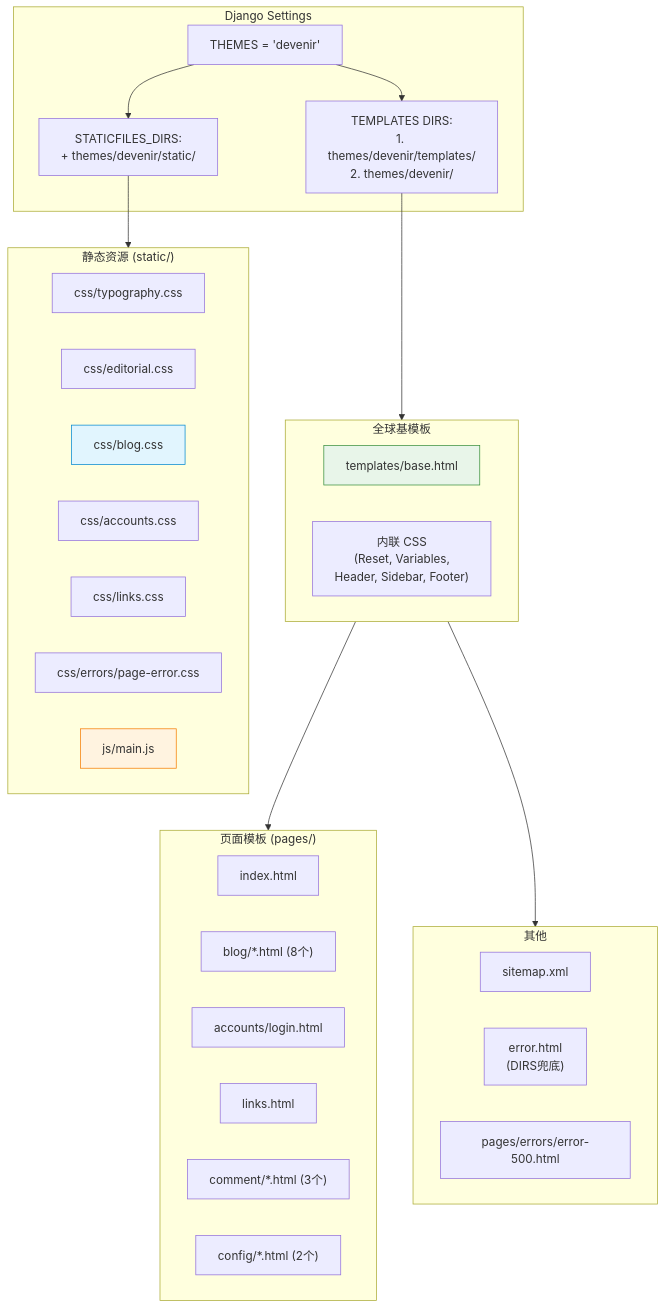
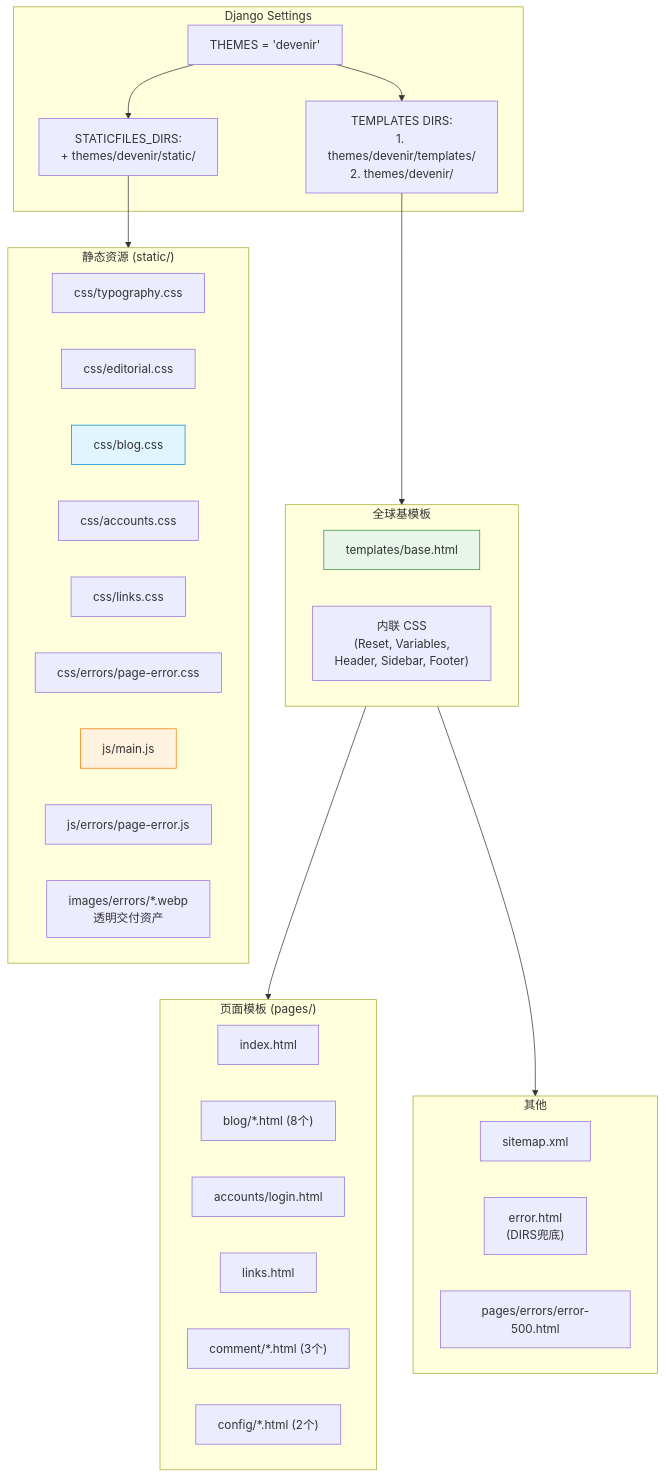
One commit to se-veN714/PowerAdapterBlogs changed the diagram in themes/devenir/DEVELOPMENT.md. Above: the diagram before and after it, drawn with Mermaid. The commit also changed other lines of this file and 44 other files, not shown here.

````diff
--- a/themes/devenir/DEVELOPMENT.md
+++ b/themes/devenir/DEVELOPMENT.md
@@ -42,47 +43,49 @@
 ```mermaid
 flowchart TD
     subgraph settings["Django Settings"]
         THEMES["THEMES = 'devenir'"]
         DIRS["TEMPLATES DIRS:<br/>1. themes/devenir/templates/<br/>2. themes/devenir/"]
         STATIC["STATICFILES_DIRS:<br/>+ themes/devenir/static/"]
     end
 
     subgraph base["全球基模板"]
         HTML["templates/base.html"]
         CSS_INLINE["内联 CSS<br/>(Reset, Variables,<br/>Header, Sidebar, Footer)"]
     end
 
     subgraph pages["页面模板 (pages/)"]
         INDEX["index.html"]
         BLOG["blog/*.html (8个)"]
         ACCTS["accounts/login.html"]
         LINKS["links.html"]
         COMMENT["comment/*.html (3个)"]
         CONFIG["config/*.html (2个)"]
     end
 
     subgraph assets["静态资源 (static/)"]
         CSS_T["css/typography.css"]
         CSS_E["css/editorial.css"]
         CSS_B["css/blog.css"]
         CSS_A["css/accounts.css"]
         CSS_L["css/links.css"]
         CSS_ERR["css/errors/page-error.css"]
         JS_M["js/main.js"]
+        JS_ERR["js/errors/page-error.js"]
+        IMG_ERR["images/errors/*.webp<br/>透明交付资产"]
     end
 
     subgraph misc["其他"]
         SITEMAP["sitemap.xml"]
         ERROR["error.html<br/>(DIRS兜底)"]
         ERR500["pages/errors/error-500.html"]
     end
 
     THEMES --> DIRS --> base
     THEMES --> STATIC --> assets
     base --> pages
     base --> misc
 
     style HTML fill:#e8f5e9,stroke:#388e3c
     style CSS_B fill:#e1f5fe,stroke:#0288d1
     style JS_M fill:#fff3e0,stroke:#f57c00
 ```
````
